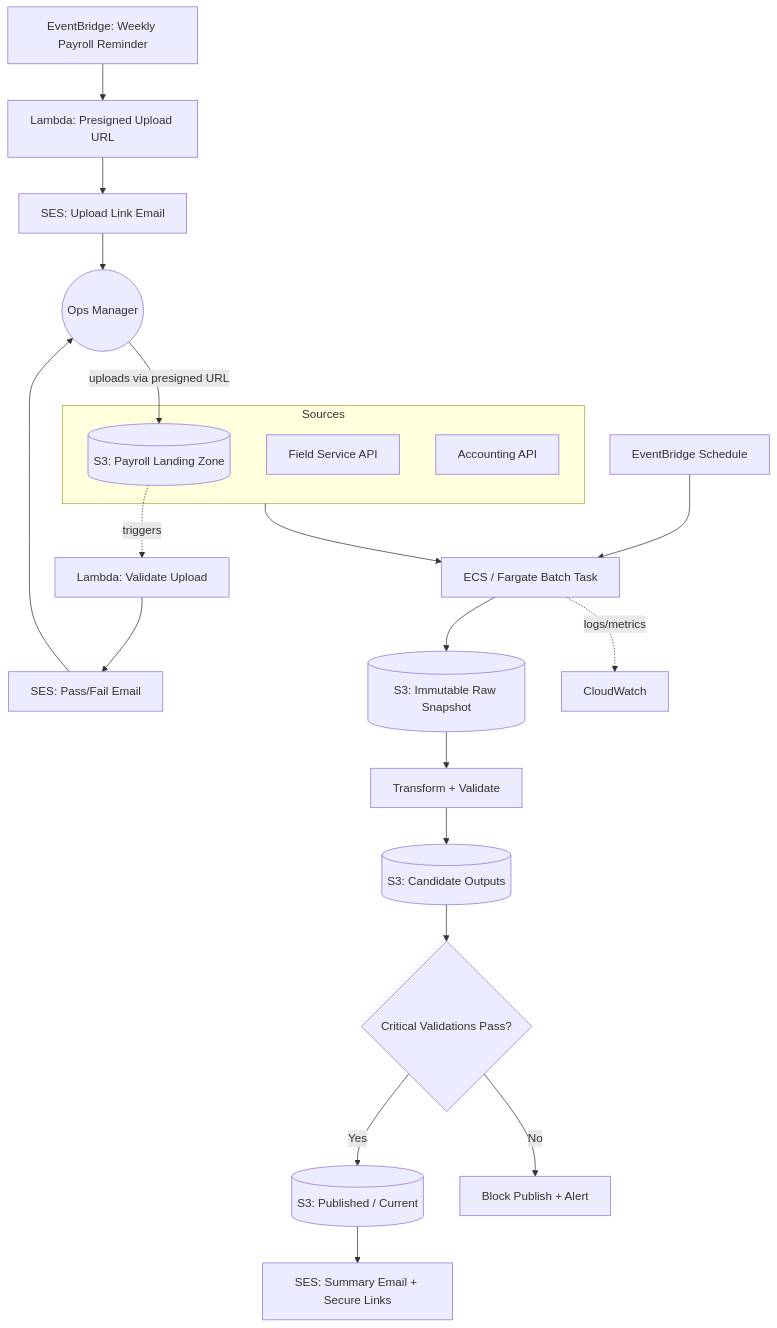
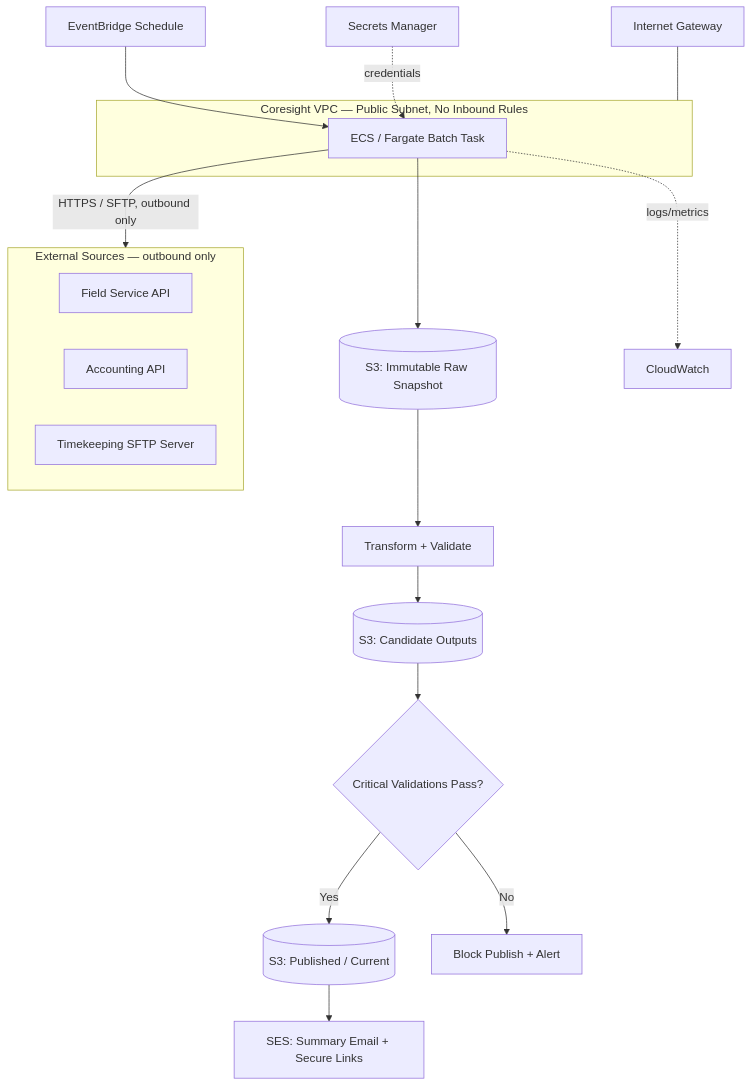
The diagram in README.md (AidanFarhi/coresight-poc-file-based), drawn with Mermaid before and after one commit. The commit also changed other lines of this file and 2 other files, not shown here.

````diff
--- a/README.md
+++ b/README.md
@@ -40,33 +42,30 @@
 ```mermaid
 flowchart TD
     EB[EventBridge Schedule] --> ECS[ECS / Fargate Batch Task]
+    SM[Secrets Manager] -.credentials.-> ECS
 
-    EB2[EventBridge: Weekly Payroll Reminder] --> LAM[Lambda: Presigned Upload URL]
-    LAM --> SESUP[SES: Upload Link Email]
-    SESUP --> OPS((Ops Manager))
-    OPS -- uploads via presigned URL --> SRC3
+    subgraph VPC[Coresight VPC — Public Subnet, No Inbound Rules]
+        ECS
+    end
+    IGW[Internet Gateway] --- VPC
 
-    SRC3 -.triggers.-> VALLAM[Lambda: Validate Upload]
-    VALLAM --> SESFB[SES: Pass/Fail Email]
-    SESFB --> OPS
-
-    subgraph Sources
+    subgraph Sources[External Sources — outbound only]
         SRC1[Field Service API]
         SRC2[Accounting API]
-        SRC3[(S3: Payroll Landing Zone)]
+        SRC3[Timekeeping SFTP Server]
     end
 
-    Sources --> ECS
+    ECS -- HTTPS / SFTP, outbound only --> Sources
 
     ECS --> RAW[(S3: Immutable Raw Snapshot)]
     RAW --> XFORM[Transform + Validate]
     XFORM --> CAND[(S3: Candidate Outputs)]
     CAND --> GATE{Critical Validations Pass?}
 
     GATE -- Yes --> PUB[(S3: Published / Current)]
     GATE -- No --> ALERT[Block Publish + Alert]
 
     PUB --> EMAIL[SES: Summary Email + Secure Links]
 
     ECS -.logs/metrics.-> CW[CloudWatch]
 ```
````
